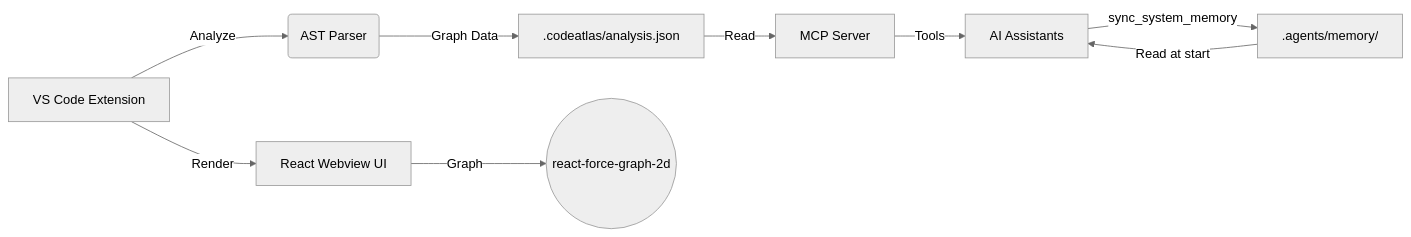
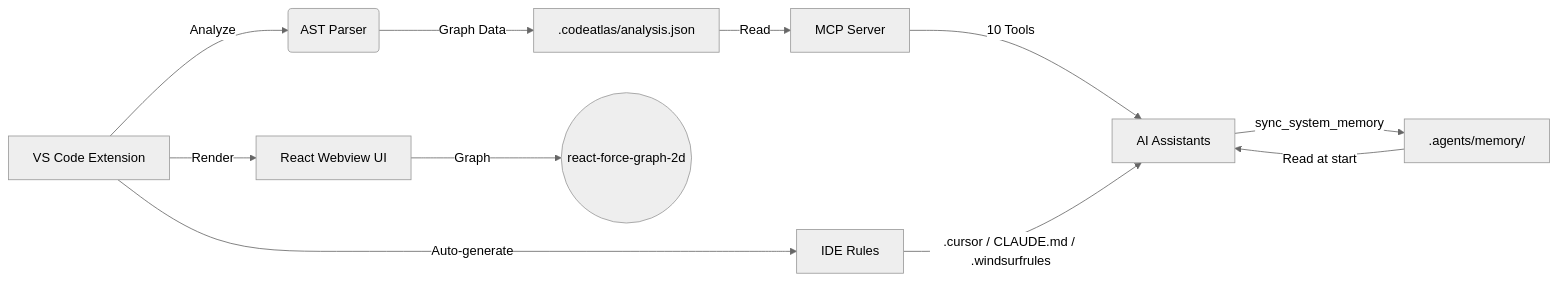
Before and after one commit to giauphan/CodeAtlas: the diagram in README.md, drawn with Mermaid (neutral theme). The commit also changed other lines of this file and 1 other file, not shown here.

Commit message:
docs: rewrite README for v1.6.0 — better descriptions, all 10 tools, multi-IDE setup

````diff
--- a/README.md
+++ b/README.md
@@ -113,11 +232,13 @@
 ```mermaid
 graph LR
     A[VS Code Extension] -->|Analyze| B(AST Parser)
     B -->|Graph Data| C[.codeatlas/analysis.json]
     C -->|Read| D[MCP Server]
-    D -->|Tools| E[AI Assistants]
+    D -->|10 Tools| E[AI Assistants]
     E -->|sync_system_memory| F[.agents/memory/]
     F -->|Read at start| E
-    A -->|Render| G[React Webview UI]
-    G -->|Graph| H((react-force-graph-2d))
+    A -->|Auto-generate| G[IDE Rules]
+    G -->|.cursor / CLAUDE.md / .windsurfrules| E
+    A -->|Render| H[React Webview UI]
+    H -->|Graph| I((react-force-graph-2d))
 ```
````
